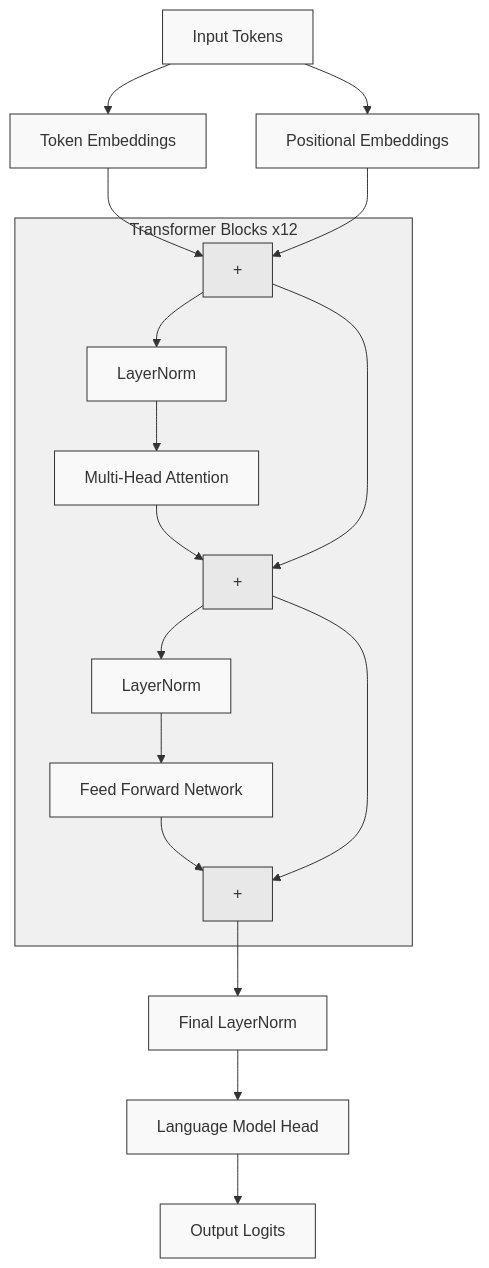
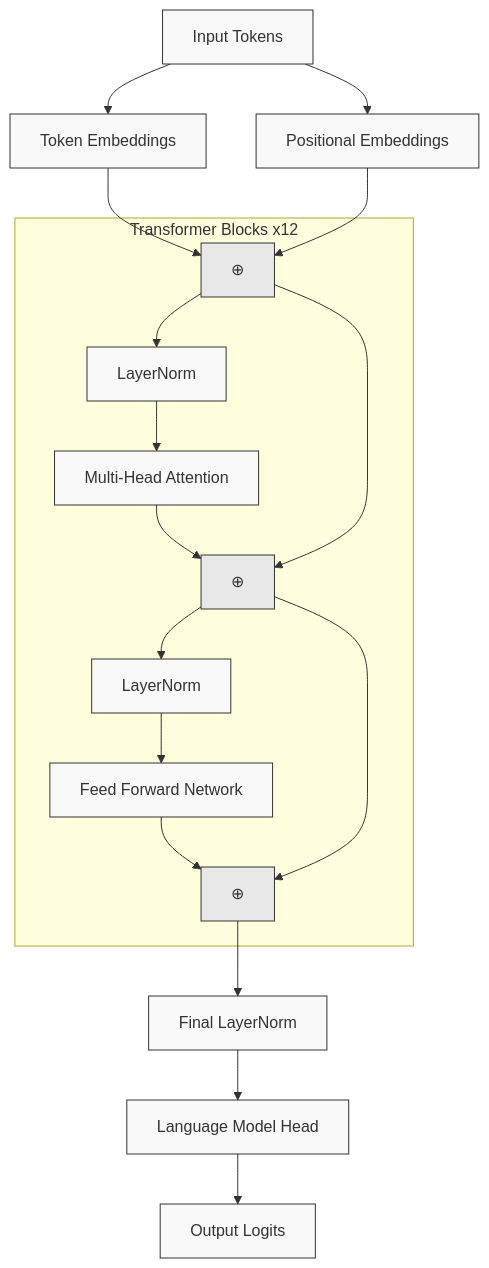
Before and after one commit to prateekcaire/GPT2-VictorianStories: the first of 4 diagrams in victorian-stories-gpt/README.md, drawn with Mermaid.

Commit message:
fix model architecture

````diff
--- a/victorian-stories-gpt/README.md
+++ b/victorian-stories-gpt/README.md
@@ -45,33 +45,32 @@
 ```mermaid
 flowchart TB
     Input[Input Tokens]
     TokenEmb[Token Embeddings]
     PosEmb[Positional Embeddings]
-    Add1[+]
+    Add1[⊕]
     
     Input --> TokenEmb & PosEmb
     TokenEmb & PosEmb --> Add1
     
     subgraph TransformerBlock[Transformer Blocks x12]
         LN1[LayerNorm]
         MHA[Multi-Head Attention]
-        Add2[+]
+        Add2[⊕]
         LN2[LayerNorm]
         FFN[Feed Forward Network]
-        Add3[+]
+        Add3[⊕]
         
         Add1 --> LN1 --> MHA --> Add2
         Add1 --> Add2
         Add2 --> LN2 --> FFN --> Add3
         Add2 --> Add3
     end
     
     Add3 --> FinalLN[Final LayerNorm]
     FinalLN --> LMHead[Language Model Head]
     LMHead --> Output[Output Logits]
 
     classDef default fill:#f9f9f9,stroke:#333,stroke-width:1px
     classDef plus fill:#e8e8e8,stroke:#333,stroke-width:1px
     class Add1,Add2,Add3 plus
-    style TransformerBlock fill:#f0f0f0,stroke:#333,stroke-width:1px
 ```
````
